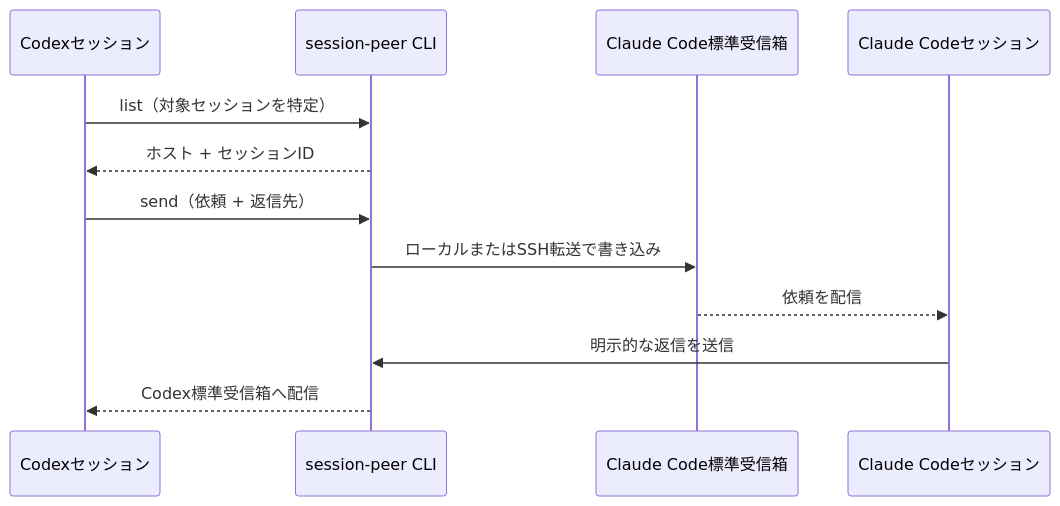
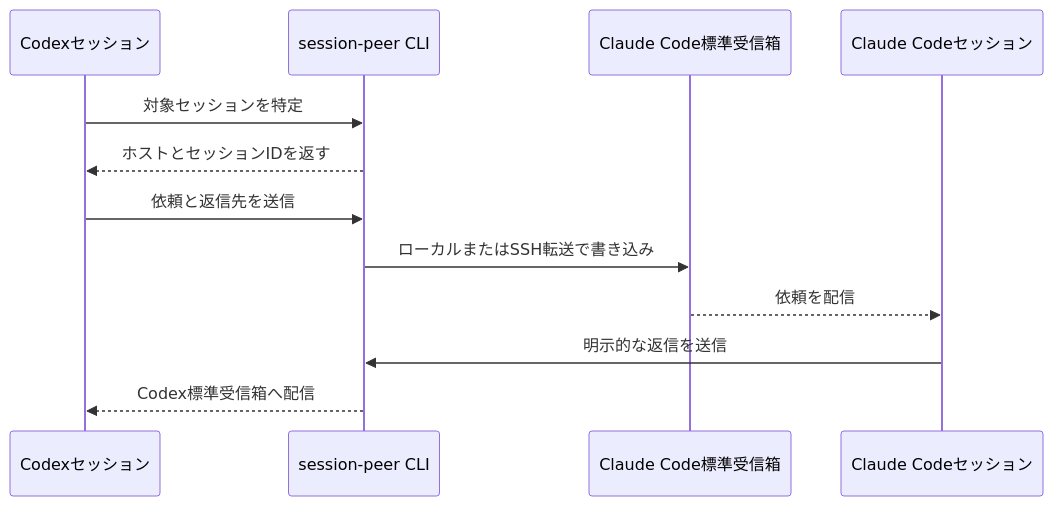
One commit to abruption/session-peer changed the diagram in README.ja.md. Above: the diagram before and after it, drawn with Mermaid. The commit also changed 4 other files, not shown here.

Commit message:
docs: fix Mermaid rendering on GitHub

````diff
--- a/README.ja.md
+++ b/README.ja.md
@@ -27,14 +27,14 @@
 ```mermaid
 sequenceDiagram
     participant C as Codexセッション
     participant P as session-peer CLI
     participant I as Claude Code標準受信箱
     participant H as Claude Codeセッション
-    C->>P: list（対象セッションを特定）
-    P-->>C: ホスト + セッションID
-    C->>P: send（依頼 + 返信先）
+    C->>P: 対象セッションを特定
+    P-->>C: ホストとセッションIDを返す
+    C->>P: 依頼と返信先を送信
     P->>I: ローカルまたはSSH転送で書き込み
     I-->>H: 依頼を配信
     H->>P: 明示的な返信を送信
     P-->>C: Codex標準受信箱へ配信
 ```
````
